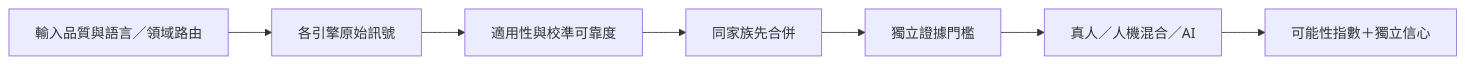
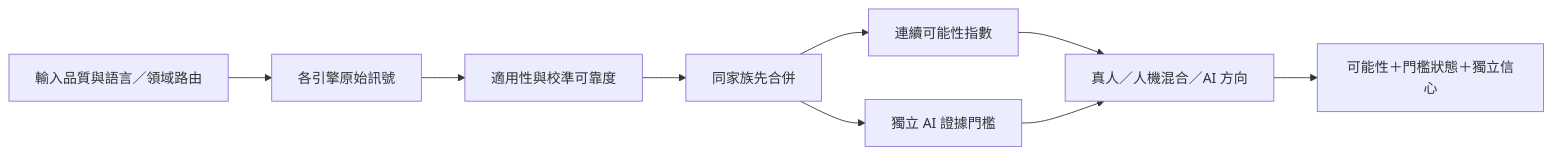
One commit to hauchiehlin-ops/TruthLens changed the diagram in docs/detection_vnext.md. Above: the diagram before and after it, drawn with Mermaid. The commit also changed other lines of this file and 30 other files, not shown here.

````diff
--- a/docs/detection_vnext.md
+++ b/docs/detection_vnext.md
@@ -43,9 +43,11 @@
 ```mermaid
 flowchart LR
     A["輸入品質與語言／領域路由"] --> B["各引擎原始訊號"]
     B --> C["適用性與校準可靠度"]
     C --> D["同家族先合併"]
-    D --> E["獨立證據門檻"]
-    E --> F["真人／人機混合／AI"]
-    F --> G["可能性指數＋獨立信心"]
+    D --> E["連續可能性指數"]
+    D --> F["獨立 AI 證據門檻"]
+    E --> G["真人／人機混合／AI 方向"]
+    F --> G
+    G --> H["可能性＋門檻狀態＋獨立信心"]
 ```
````
